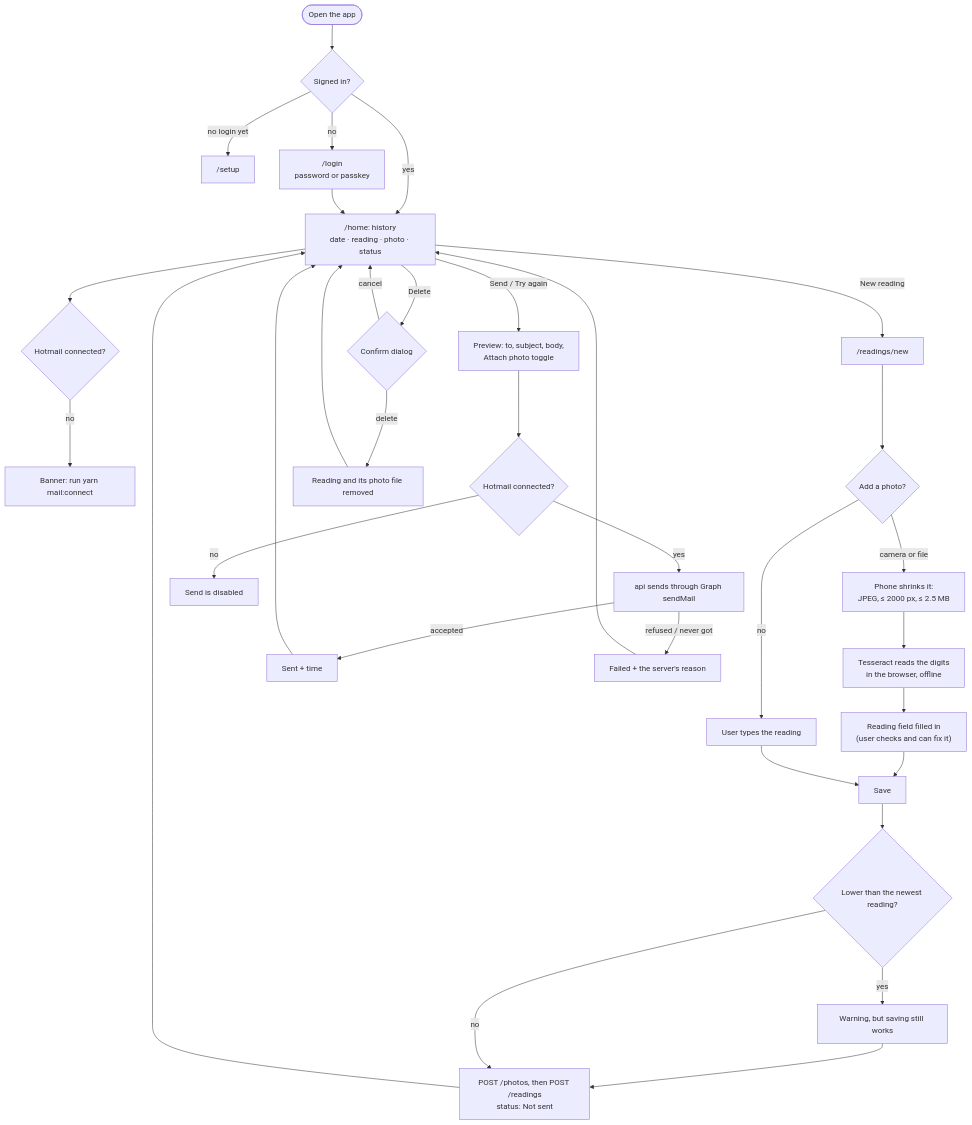
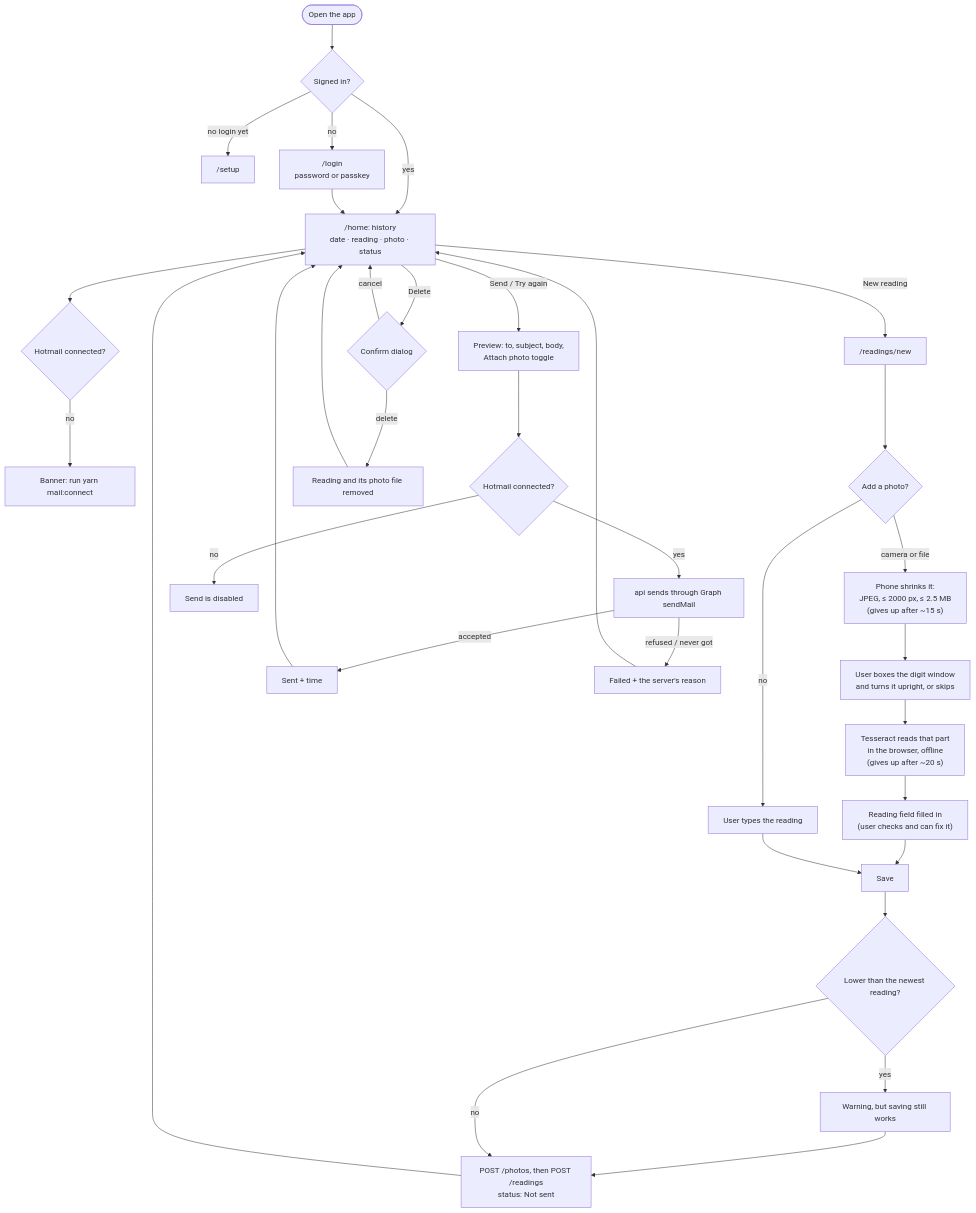
One commit to MarioWork/meter-reader changed the third of 4 diagrams in docs/flow.md. Above: the diagram before and after it, drawn with Mermaid. The commit also changed 31 other files, not shown here.

First line of the commit message:
Mark the digit window before reading the photo, with time limits

````diff
--- a/docs/flow.md
+++ b/docs/flow.md
@@ -42,38 +42,39 @@
 ```mermaid
 flowchart TD
     open(["Open the app"]) --> session{"Signed in?"}
     session -- "no login yet" --> setupPage["/setup"]
     session -- "no" --> login["/login<br/>password or passkey"]
     session -- "yes" --> home
     login --> home
 
     home["/home: history<br/>date · reading · photo · status"]
     home --> banner{"Hotmail connected?"}
     banner -- "no" --> warn["Banner: run yarn mail:connect"]
 
     home -- "New reading" --> newReading["/readings/new"]
     newReading --> photo{"Add a photo?"}
-    photo -- "camera or file" --> shrink["Phone shrinks it:<br/>JPEG, ≤ 2000 px, ≤ 2.5 MB"]
-    shrink --> ocr["Tesseract reads the digits<br/>in the browser, offline"]
+    photo -- "camera or file" --> shrink["Phone shrinks it:<br/>JPEG, ≤ 2000 px, ≤ 2.5 MB<br/>(gives up after ~15 s)"]
+    shrink --> crop["User boxes the digit window<br/>and turns it upright, or skips"]
+    crop --> ocr["Tesseract reads that part<br/>in the browser, offline<br/>(gives up after ~20 s)"]
     ocr --> field["Reading field filled in<br/>(user checks and can fix it)"]
     photo -- "no" --> type["User types the reading"]
     field --> save
     type --> save
     save["Save"] --> lower{"Lower than the newest reading?"}
     lower -- "yes" --> warning["Warning, but saving still works"] --> stored
     lower -- "no" --> stored["POST /photos, then POST /readings<br/>status: Not sent"]
     stored --> home
 
     home -- "Send / Try again" --> preview["Preview: to, subject, body,<br/>Attach photo toggle"]
     preview --> canSend{"Hotmail connected?"}
     canSend -- "no" --> blocked["Send is disabled"]
     canSend -- "yes" --> mailSend["api sends through Graph sendMail"]
     mailSend -- "accepted" --> sent["Sent + time"]
     mailSend -- "refused / never got" --> failed["Failed + the server's reason"]
     sent --> home
     failed --> home
 
     home -- "Delete" --> confirm{"Confirm dialog"}
     confirm -- "cancel" --> home
     confirm -- "delete" --> gone["Reading and its photo file removed"] --> home
 ```
````
